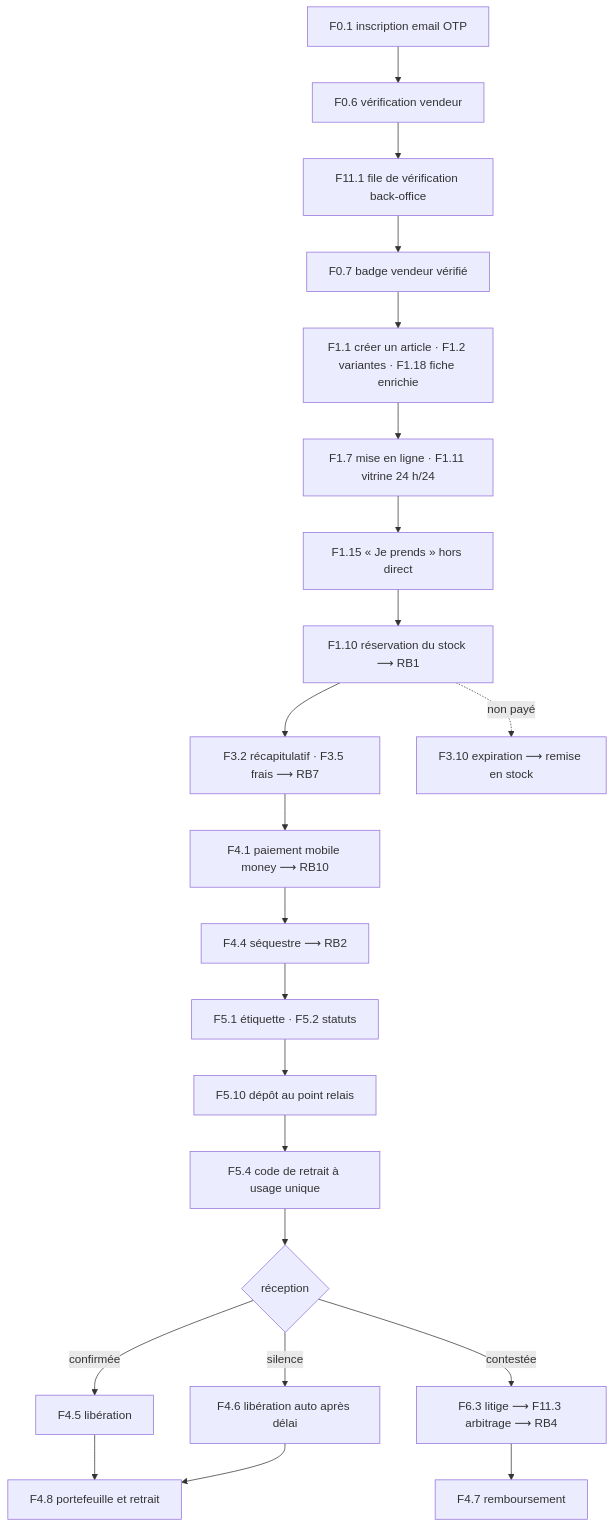
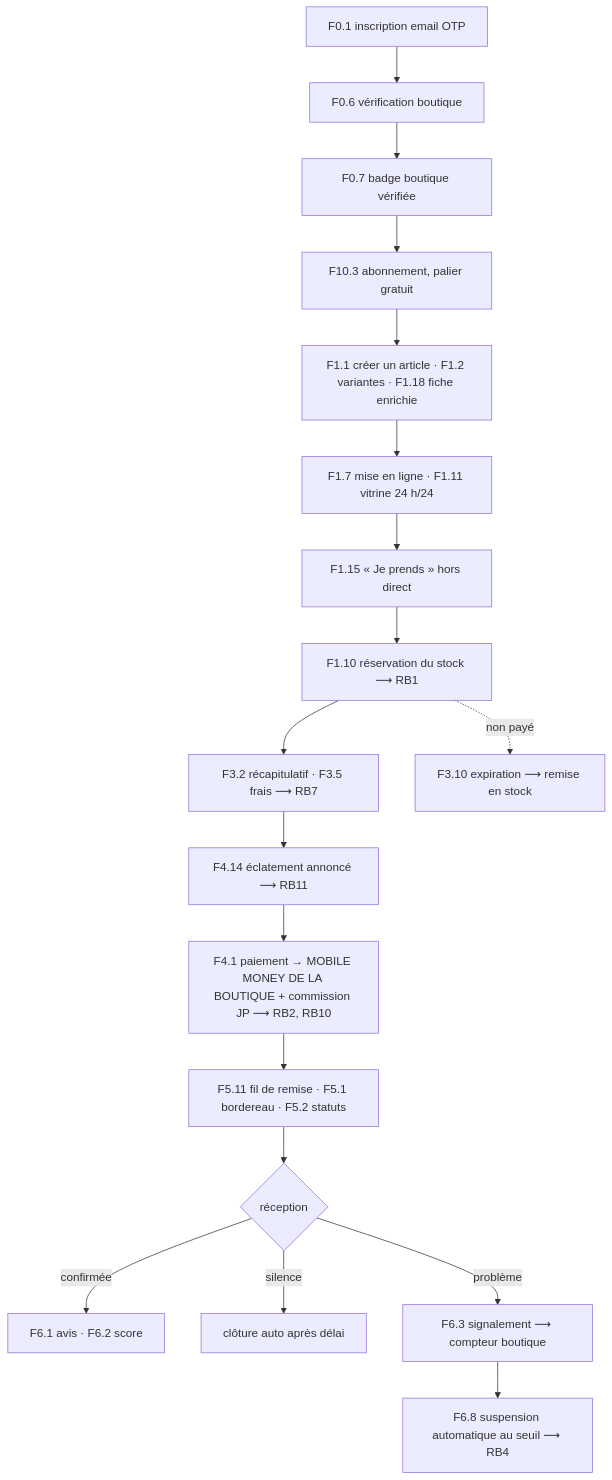
One commit to andokevin/jp changed the diagram in plan/TRANCHE1.md. Above: the diagram before and after it, drawn with Mermaid. The commit also changed other lines of this file and 58 other files, not shown here.

````diff
--- a/plan/TRANCHE1.md
+++ b/plan/TRANCHE1.md
@@ -49,24 +62,20 @@
 ```mermaid
 flowchart TD
-  A[F0.1 inscription email OTP] --> B[F0.6 vérification vendeur]
-  B --> C[F11.1 file de vérification back-office]
-  C --> D[F0.7 badge vendeur vérifié]
+  A[F0.1 inscription email OTP] --> B[F0.6 vérification boutique]
+  B --> C[F0.7 badge boutique vérifiée]
+  C --> D[F10.3 abonnement, palier gratuit]
   D --> E[F1.1 créer un article · F1.2 variantes · F1.18 fiche enrichie]
   E --> F[F1.7 mise en ligne · F1.11 vitrine 24 h/24]
   F --> G[F1.15 « Je prends » hors direct]
   G --> H[F1.10 réservation du stock ⟶ RB1]
   H --> I[F3.2 récapitulatif · F3.5 frais ⟶ RB7]
-  I --> J[F4.1 paiement mobile money ⟶ RB10]
-  J --> K[F4.4 séquestre ⟶ RB2]
-  K --> L[F5.1 étiquette · F5.2 statuts]
-  L --> M[F5.10 dépôt au point relais]
-  M --> N[F5.4 code de retrait à usage unique]
-  N --> O{réception}
-  O -->|confirmée| P[F4.5 libération]
-  O -->|silence| Q[F4.6 libération auto après délai]
-  O -->|contestée| R[F6.3 litige ⟶ F11.3 arbitrage ⟶ RB4]
-  R --> S[F4.7 remboursement]
-  P --> T[F4.8 portefeuille et retrait]
-  Q --> T
-  H -.->|non payé| U[F3.10 expiration ⟶ remise en stock]
+  I --> J[F4.14 éclatement annoncé ⟶ RB11]
+  J --> K[F4.1 paiement → MOBILE MONEY DE LA BOUTIQUE + commission JP ⟶ RB2, RB10]
+  K --> L[F5.11 fil de remise · F5.1 bordereau · F5.2 statuts]
+  L --> M{réception}
+  M -->|confirmée| N[F6.1 avis · F6.2 score]
+  M -->|silence| O[clôture auto après délai]
+  M -->|problème| P[F6.3 signalement ⟶ compteur boutique]
+  P --> Q[F6.8 suspension automatique au seuil ⟶ RB4]
+  H -.->|non payé| R[F3.10 expiration ⟶ remise en stock]
 ```
````
